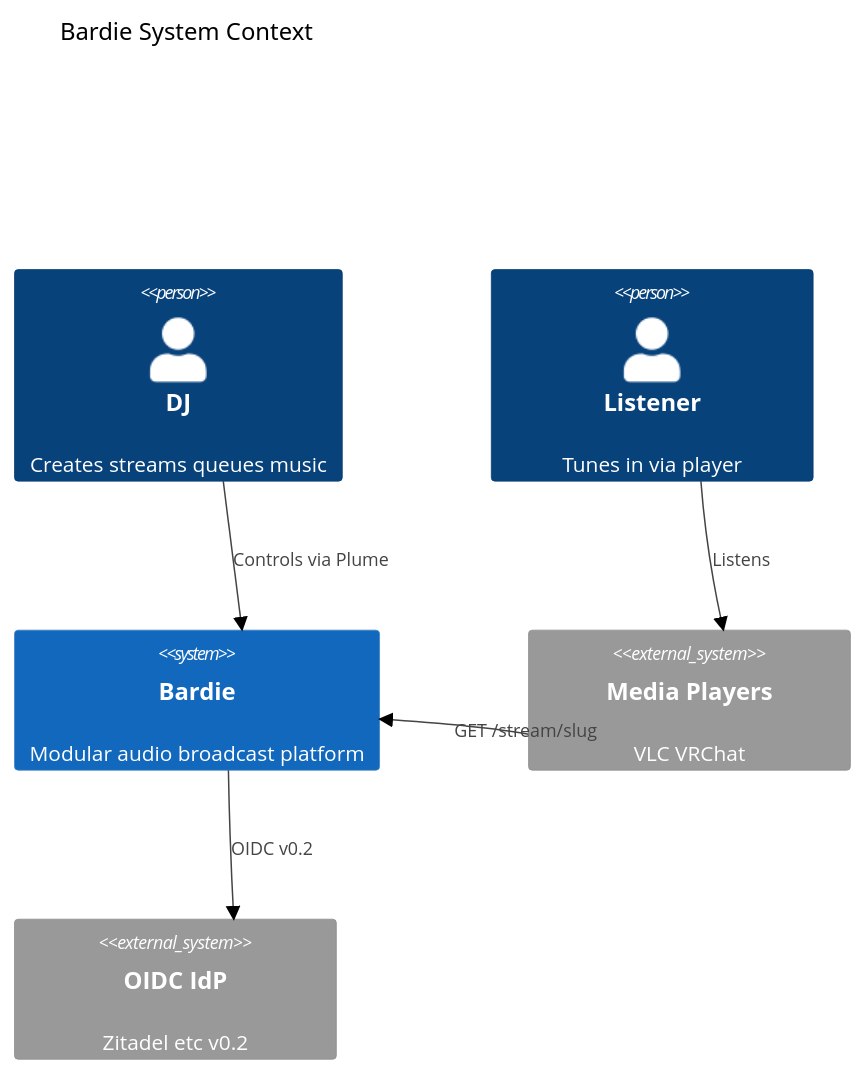
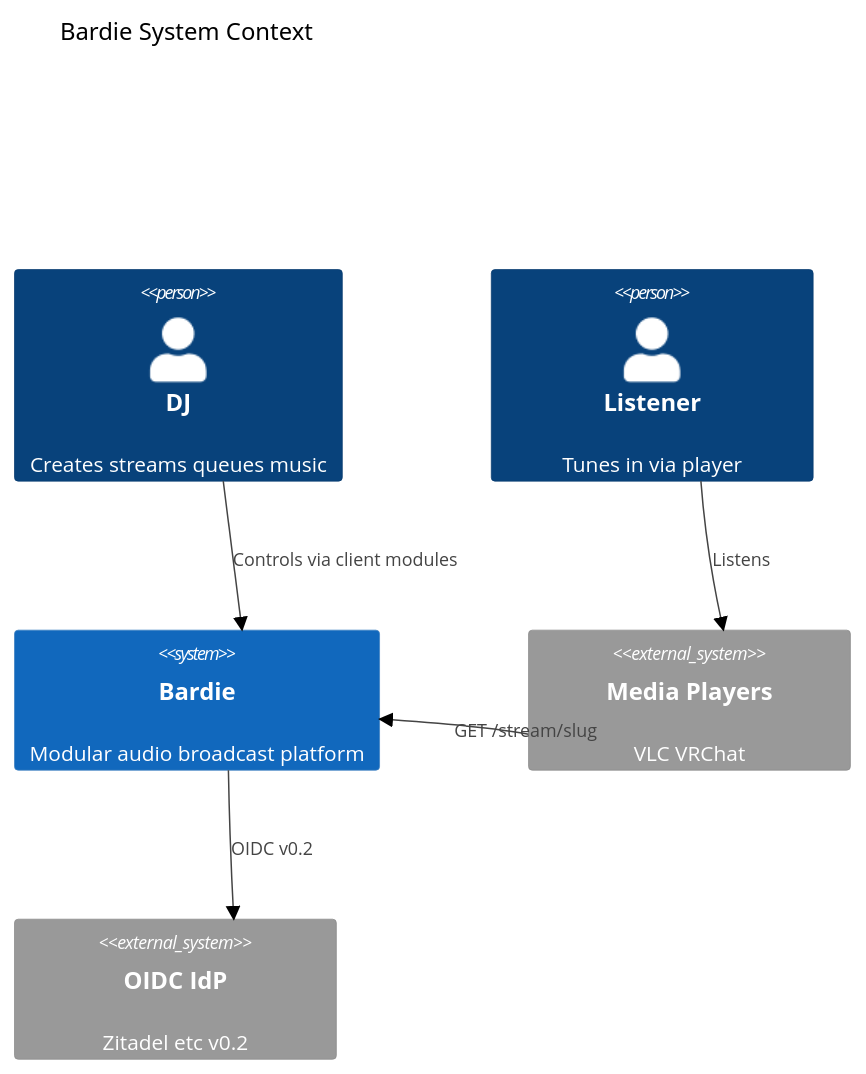
One commit to Bardie-radio/.github changed the diagram in docs/architecture/02-ecosystem-context.md. Above: the diagram before and after it, drawn with Mermaid (forest theme). The commit also changed other lines of this file and 3 other files, not shown here.

````diff
--- a/docs/architecture/02-ecosystem-context.md
+++ b/docs/architecture/02-ecosystem-context.md
@@ -3,13 +3,13 @@
 ```mermaid
 C4Context
   title Bardie System Context
   Person(dj, "DJ", "Creates streams queues music")
   Person(listener, "Listener", "Tunes in via player")
   System(bardie, "Bardie", "Modular audio broadcast platform")
   System_Ext(players, "Media Players", "VLC VRChat")
   System_Ext(idp, "OIDC IdP", "Zitadel etc v0.2")
-  Rel(dj, bardie, "Controls via Plume")
+  Rel(dj, bardie, "Controls via client modules")
   Rel(listener, players, "Listens")
   Rel(players, bardie, "GET /stream/slug")
   Rel(bardie, idp, "OIDC v0.2")
 ```
````
